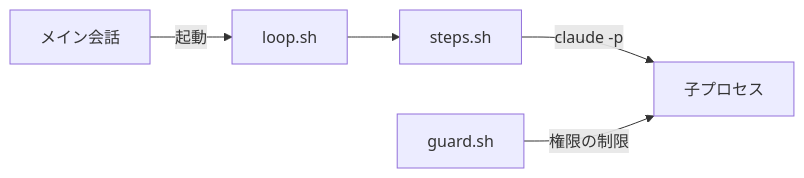
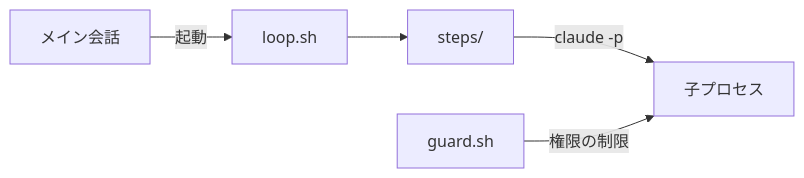
The first of 3 diagrams in scripts/README.md (yjn279/trinity), drawn with Mermaid before and after one commit. The commit also changed other lines of this file and 8 other files, not shown here.

````diff
--- a/scripts/README.md
+++ b/scripts/README.md
@@ -7,7 +7,7 @@
 ```mermaid
 flowchart LR
   orchestrator[メイン会話] -->|起動| loopScript[loop.sh]
-  loopScript --> stepsScript[steps.sh]
-  stepsScript -->|claude -p| actorProcess[子プロセス]
+  loopScript --> steps[steps/]
+  steps -->|claude -p| actorProcess[子プロセス]
   guardScript[guard.sh] -->|権限の制限| actorProcess
 ```
````
